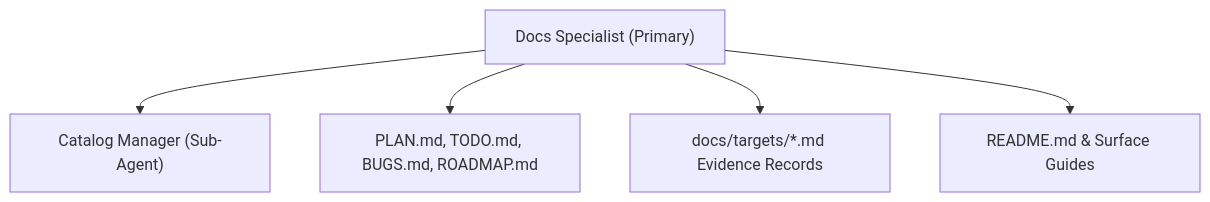
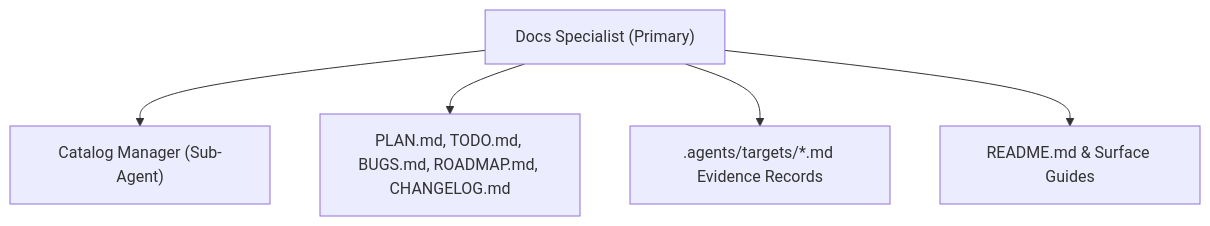
One commit to HELIX-Origin/Windhawk-Command-Center-Suite changed the diagram in .agents/agents/documentation/docs-specialist.md. Above: the diagram before and after it, drawn with Mermaid. The commit also changed other lines of this file and 22 other files, not shown here.

First line of the commit message:
feat: Update Style Architect and sub-agents documentation for deferred File Explorer work

````diff
--- a/.agents/agents/documentation/docs-specialist.md
+++ b/.agents/agents/documentation/docs-specialist.md
@@ -17,7 +17,7 @@
 ```mermaid
 flowchart TD
     DocsPrimary["Docs Specialist (Primary)"] --> Catalog["Catalog Manager (Sub-Agent)"]
-    DocsPrimary --> TrackingFiles["PLAN.md, TODO.md, BUGS.md, ROADMAP.md"]
-    DocsPrimary --> Evidence["docs/targets/*.md Evidence Records"]
+    DocsPrimary --> TrackingFiles["PLAN.md, TODO.md, BUGS.md, ROADMAP.md, CHANGELOG.md"]
+    DocsPrimary --> Evidence[".agents/targets/*.md Evidence Records"]
     DocsPrimary --> UserDocs["README.md & Surface Guides"]
 ```
````
